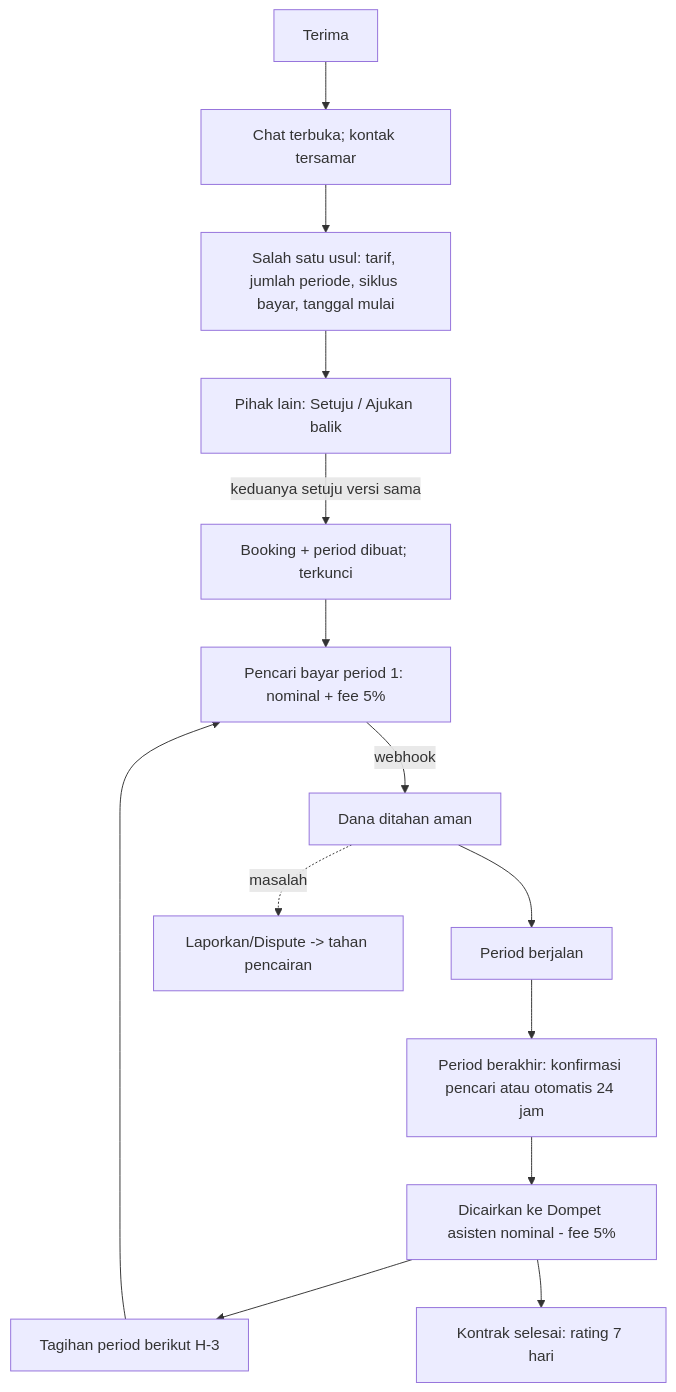
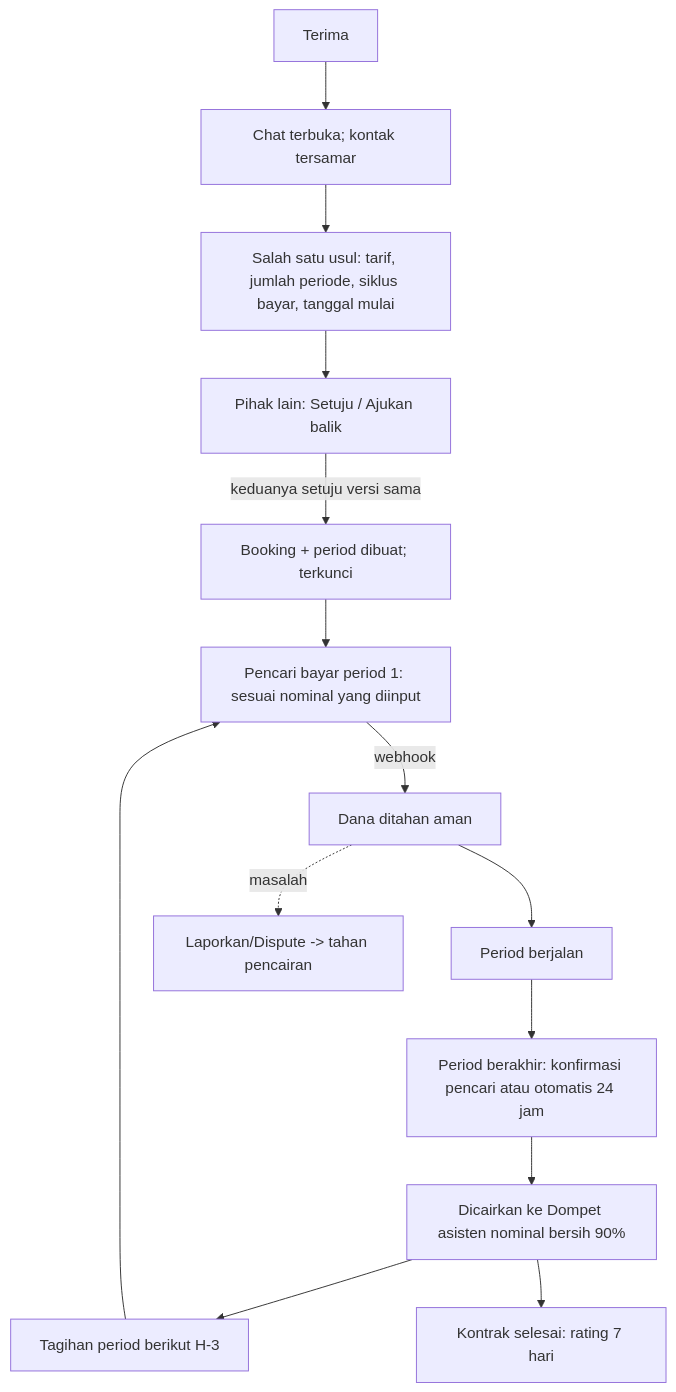
One commit to rendikaadji/pramu-flutter-apps changed the fourth of 5 diagrams in docs/02-UIUX-Brief-Mobile.md. Above: the diagram before and after it, drawn with Mermaid. The commit also changed other lines of this file and 17 other files, not shown here.

````diff
--- a/docs/02-UIUX-Brief-Mobile.md
+++ b/docs/02-UIUX-Brief-Mobile.md
@@ -177,15 +177,15 @@
 ```mermaid
 flowchart TD
   A[Terima] --> B[Chat terbuka; kontak tersamar]
   B --> C[Salah satu usul: tarif, jumlah periode, siklus bayar, tanggal mulai]
   C --> D[Pihak lain: Setuju / Ajukan balik]
   D -->|keduanya setuju versi sama| E[Booking + period dibuat; terkunci]
-  E --> F[Pencari bayar period 1: nominal + fee 5%]
+  E --> F[Pencari bayar period 1: sesuai nominal yang diinput]
   F -->|webhook| G[Dana ditahan aman]
   G --> H[Period berjalan]
   H --> I[Period berakhir: konfirmasi pencari atau otomatis 24 jam]
-  I --> J[Dicairkan ke Dompet asisten nominal - fee 5%]
+  I --> J[Dicairkan ke Dompet asisten nominal bersih 90%]
   J --> K[Tagihan period berikut H-3] --> F
   J --> L[Kontrak selesai: rating 7 hari]
   G -.masalah.-> M[Laporkan/Dispute -> tahan pencairan]
 ```
````
